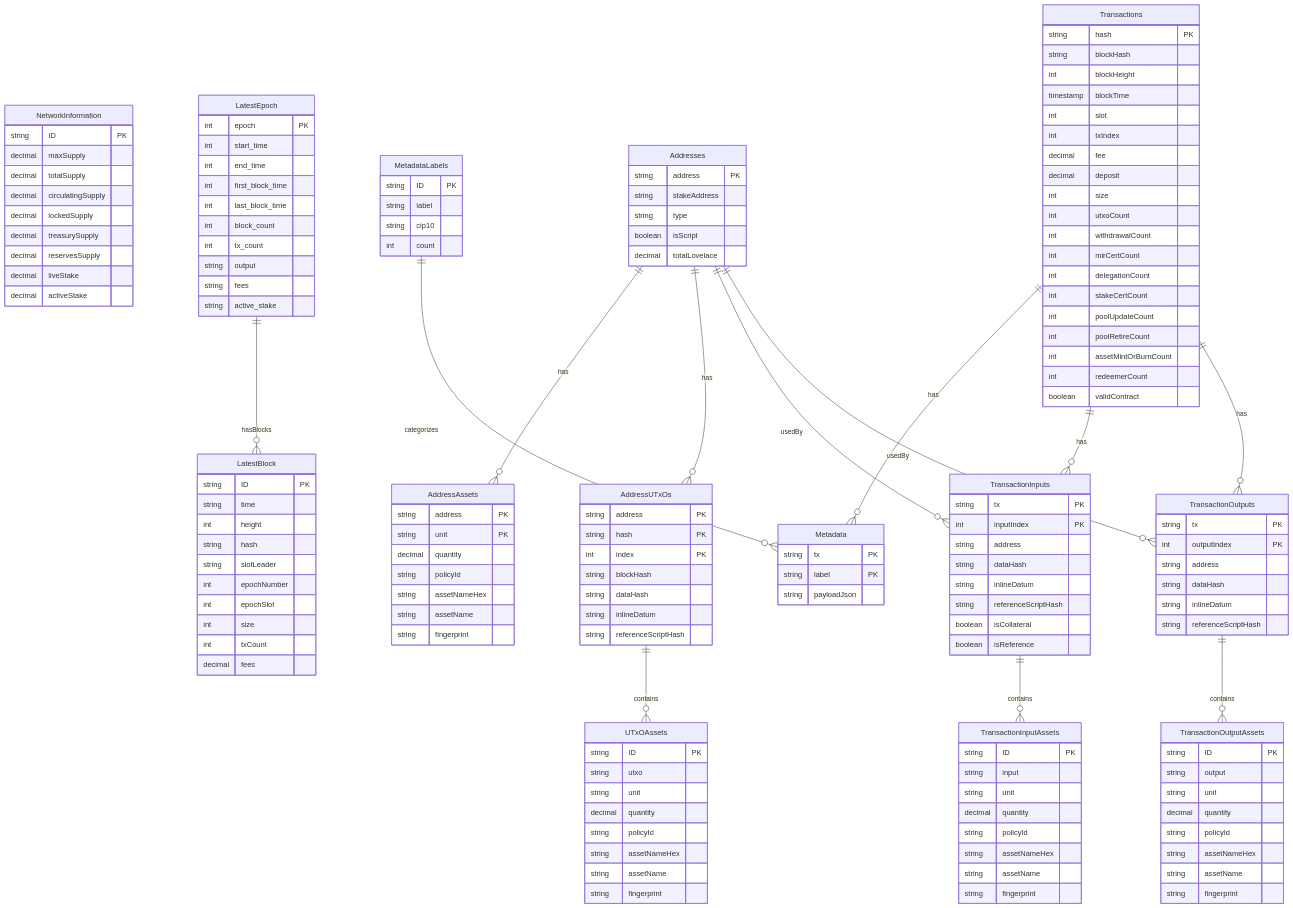
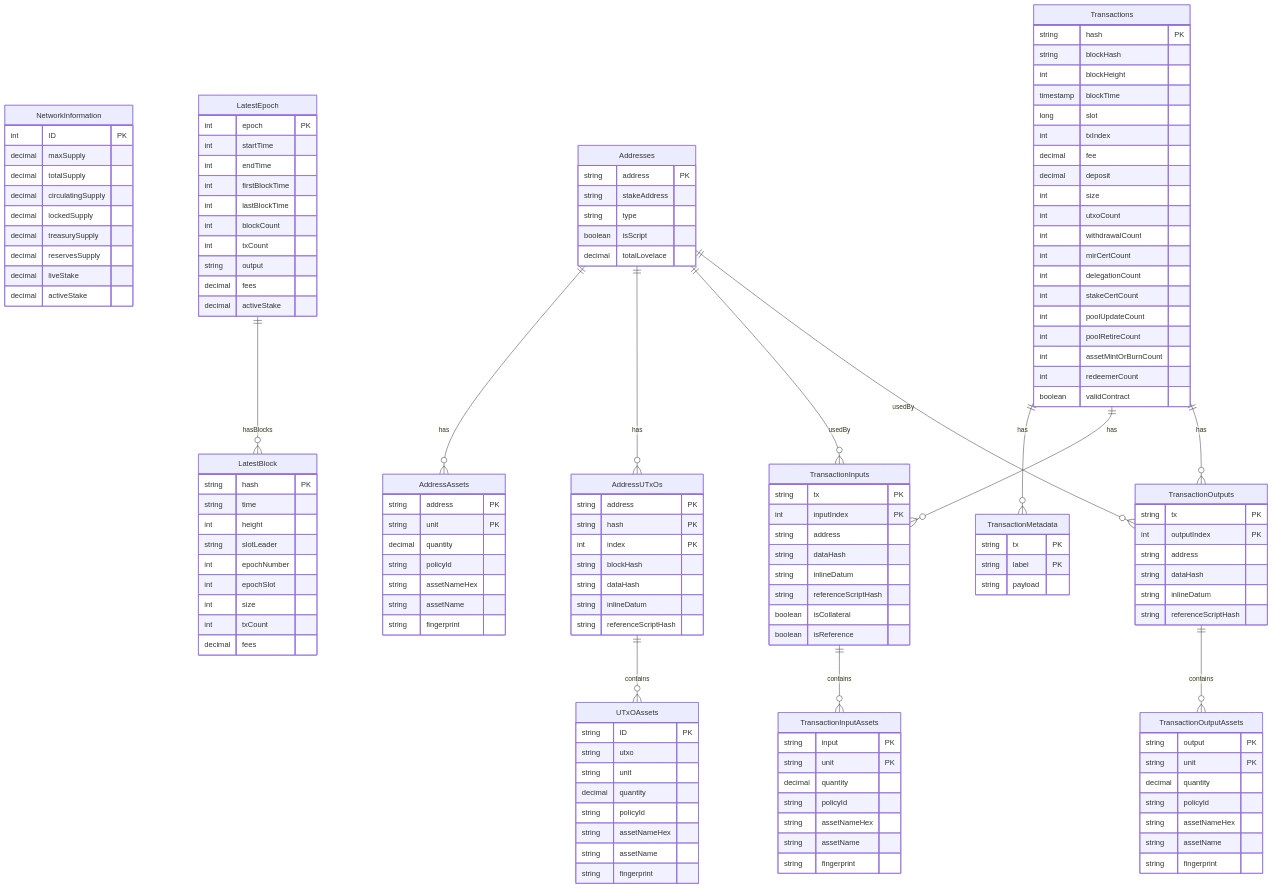
The diagram in docs/datamodel.md (ODATANO/ODATANO), drawn with Mermaid before and after one commit. The commit also changed 4 other files, not shown here.

Commit message:
feat: update documentation with quick start guide, indexing architecture, and refresh data model diagramm

````diff
--- a/docs/datamodel.md
+++ b/docs/datamodel.md
@@ -17,7 +17,7 @@
     %% -----------------------------------------------------
 
     NetworkInformation {
-        string ID PK
+        int    ID PK
         decimal maxSupply
         decimal totalSupply
         decimal circulatingSupply
@@ -29,53 +29,52 @@
     }
 
     LatestEpoch {
-        int epoch PK
-        int start_time
-        int end_time
-        int first_block_time
-        int last_block_time
-        int block_count
-        int tx_count
+        int    epoch PK
+        int    startTime
+        int    endTime
+        int    firstBlockTime
+        int    lastBlockTime
+        int    blockCount
+        int    txCount
         string output
-        string fees
-        string active_stake
+        decimal fees
+        decimal activeStake
     }
 
     LatestBlock {
-        string ID PK
+        string hash PK
         string time
-        int height
-        string hash
+        int    height
         string slotLeader
-        int epochNumber
-        int epochSlot
-        int size
-        int txCount
+        int    epochNumber
+        int    epochSlot
+        int    size
+        int    txCount
         decimal fees
     }
 
     Addresses {
-        string address PK
-        string stakeAddress
-        string type
+        string  address PK
+        string  stakeAddress
+        string  type
         boolean isScript
         decimal totalLovelace
     }
 
     AddressAssets {
-        string address PK
-        string unit PK
+        string  address PK
+        string  unit PK
         decimal quantity
-        string policyId
-        string assetNameHex
-        string assetName
-        string fingerprint
+        string  policyId
+        string  assetNameHex
+        string  assetName
+        string  fingerprint
     }
 
     AddressUTxOs {
         string address PK
         string hash PK
-        int index PK
+        int    index PK
         string blockHash
         string dataHash
         string inlineDatum
@@ -94,43 +93,36 @@
     }
 
     Transactions {
-        string hash PK
-        string blockHash
-        int blockHeight
+        string   hash PK
+        string   blockHash
+        int      blockHeight
         timestamp blockTime
-        int slot
-        int txIndex
-        decimal fee
-        decimal deposit
-        int size
-        int utxoCount
-        int withdrawalCount
-        int mirCertCount
-        int delegationCount
-        int stakeCertCount
-        int poolUpdateCount
-        int poolRetireCount
-        int assetMintOrBurnCount
-        int redeemerCount
-        boolean validContract
+        long     slot
+        int      txIndex
+        decimal  fee
+        decimal  deposit
+        int      size
+        int      utxoCount
+        int      withdrawalCount
+        int      mirCertCount
+        int      delegationCount
+        int      stakeCertCount
+        int      poolUpdateCount
+        int      poolRetireCount
+        int      assetMintOrBurnCount
+        int      redeemerCount
+        boolean  validContract
     }
 
-    MetadataLabels {
-        string ID PK
-        string label
-        string cip10
-        int count
-    }
-
-    Metadata {
+    TransactionMetadata {
         string tx PK
         string label PK
-        string payloadJson
+        string payload
     }
 
     TransactionInputs {
         string tx PK
-        int inputIndex PK
+        int    inputIndex PK
         string address
         string dataHash
         string inlineDatum
@@ -141,7 +133,7 @@
 
     TransactionOutputs {
         string tx PK
-        int outputIndex PK
+        int    outputIndex PK
         string address
         string dataHash
         string inlineDatum
@@ -149,25 +141,23 @@
     }
 
     TransactionInputAssets {
-        string ID PK
-        string input
-        string unit
+        string input PK
+        string unit  PK
         decimal quantity
-        string policyId
-        string assetNameHex
-        string assetName
-        string fingerprint
+        string  policyId
+        string  assetNameHex
+        string  assetName
+        string  fingerprint
     }
 
     TransactionOutputAssets {
-        string ID PK
-        string output
-        string unit
+        string output PK
+        string unit   PK
         decimal quantity
-        string policyId
-        string assetNameHex
-        string assetName
-        string fingerprint
+        string  policyId
+        string  assetNameHex
+        string  assetName
+        string  fingerprint
     }
 
     %% -----------------------------------------------------
@@ -176,17 +166,17 @@
 
     %% Epoch <-> Latest Blocks
     LatestEpoch ||--o{ LatestBlock : hasBlocks
+    %% (via LatestBlock.epochNumber -> LatestEpoch.epoch)
 
     %% Address relations
-    Addresses ||--o{ AddressAssets : has
-    Addresses ||--o{ AddressUTxOs  : has
-
-    AddressUTxOs ||--o{ UTxOAssets : contains
+    Addresses   ||--o{ AddressAssets : has
+    Addresses   ||--o{ AddressUTxOs  : has
+    AddressUTxOs ||--o{ UTxOAssets   : contains
 
     %% Transactions and related data
-    Transactions ||--o{ Metadata           : has
-    Transactions ||--o{ TransactionInputs  : has
-    Transactions ||--o{ TransactionOutputs : has
+    Transactions ||--o{ TransactionMetadata     : has
+    Transactions ||--o{ TransactionInputs       : has
+    Transactions ||--o{ TransactionOutputs      : has
 
     TransactionInputs  ||--o{ TransactionInputAssets   : contains
     TransactionOutputs ||--o{ TransactionOutputAssets  : contains
@@ -194,7 +184,4 @@
     %% Inputs/Outputs reference Addresses
     Addresses ||--o{ TransactionInputs  : usedBy
     Addresses ||--o{ TransactionOutputs : usedBy
-
-    %% Metadata labels
-    MetadataLabels ||--o{ Metadata : categorizes
 ```
````
